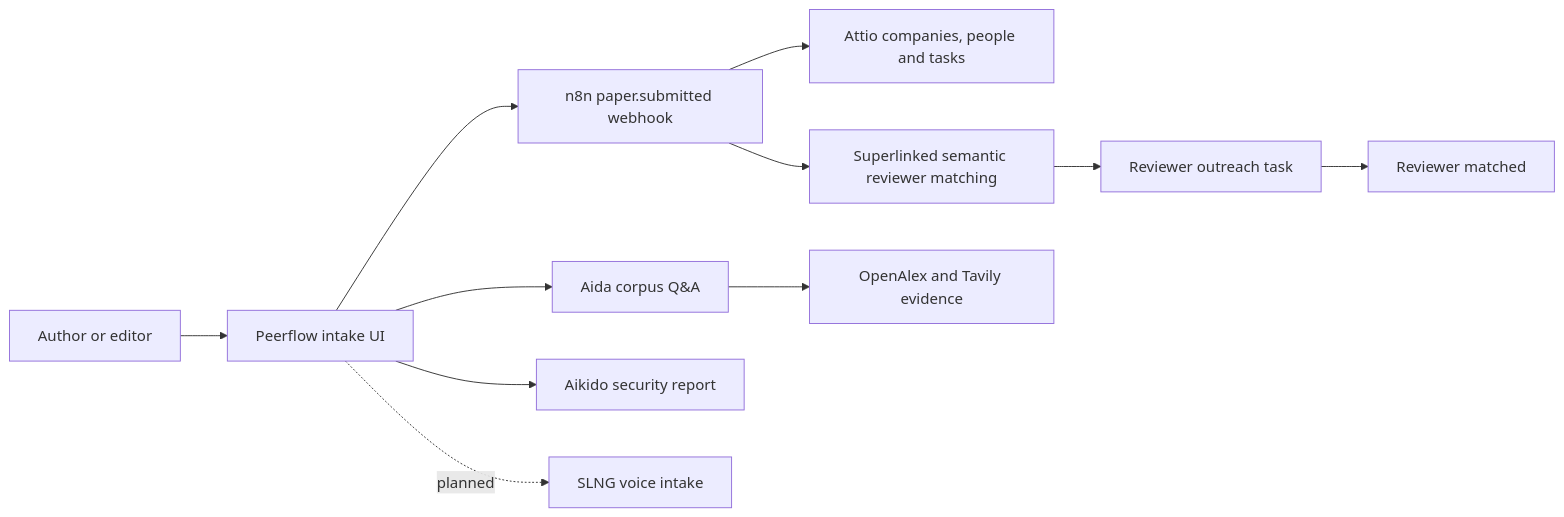
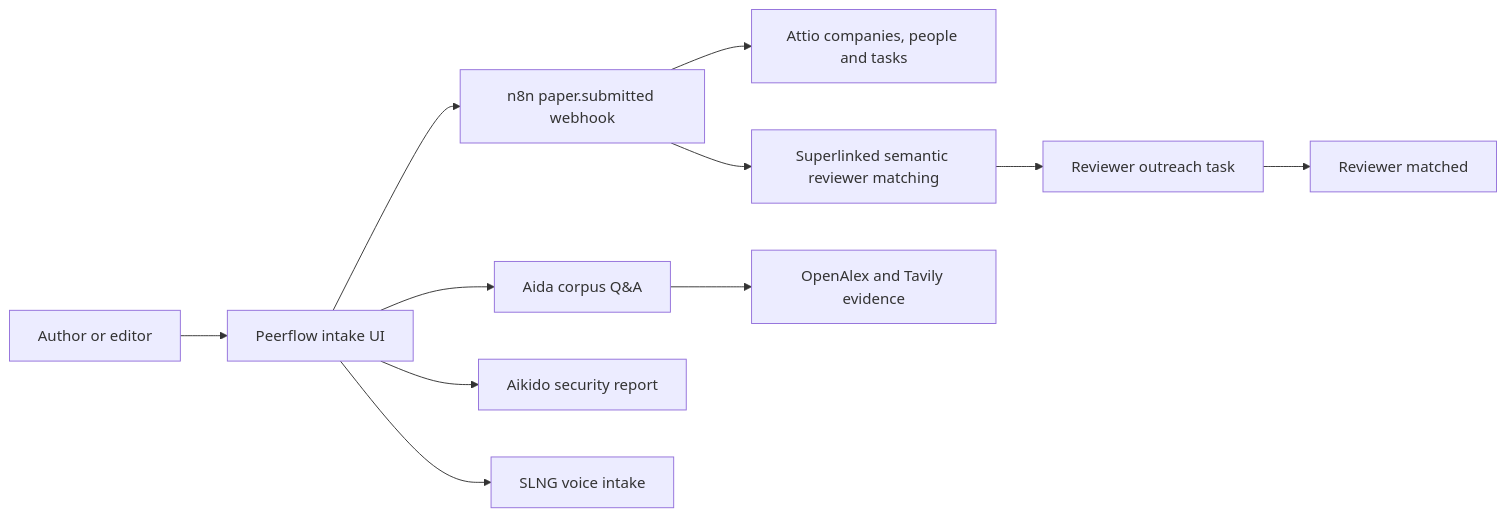
The diagram in SPONSOR_USAGE.md (MasteraSnackin/Peerflow), drawn with Mermaid before and after one commit. The commit also changed other lines of this file and 8 other files, not shown here.

Commit message:
Add SLNG voice intake

````diff
--- a/SPONSOR_USAGE.md
+++ b/SPONSOR_USAGE.md
@@ -21,13 +21,13 @@
 ```mermaid
 flowchart LR
   Author[Author or editor] --> Peerflow[Peerflow intake UI]
   Peerflow --> Aida[Aida corpus Q&A]
   Peerflow --> N8N[n8n paper.submitted webhook]
   N8N --> Attio[Attio companies, people and tasks]
   N8N --> Match[Superlinked semantic reviewer matching]
   Match --> Outreach[Reviewer outreach task]
   Outreach --> Stage[Reviewer matched]
   Aida --> OpenSources[OpenAlex and Tavily evidence]
   Peerflow --> Aikido[Aikido security report]
-  Peerflow -. planned .-> SLNG[SLNG voice intake]
+  Peerflow --> SLNG[SLNG voice intake]
 ```
````
